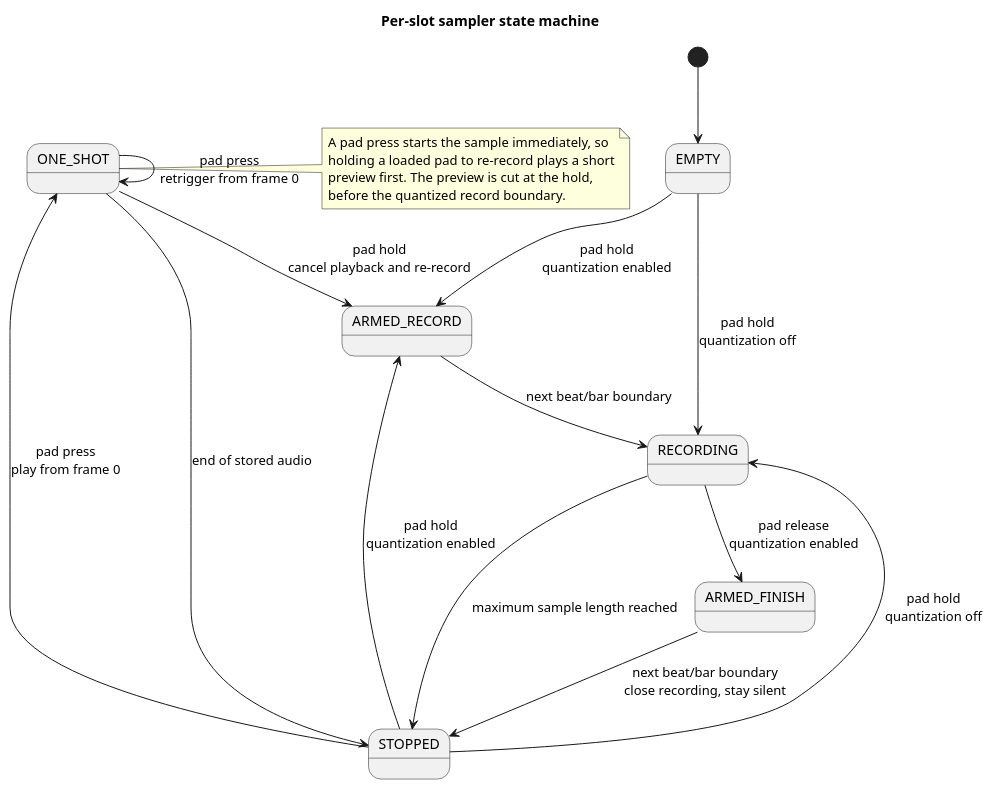
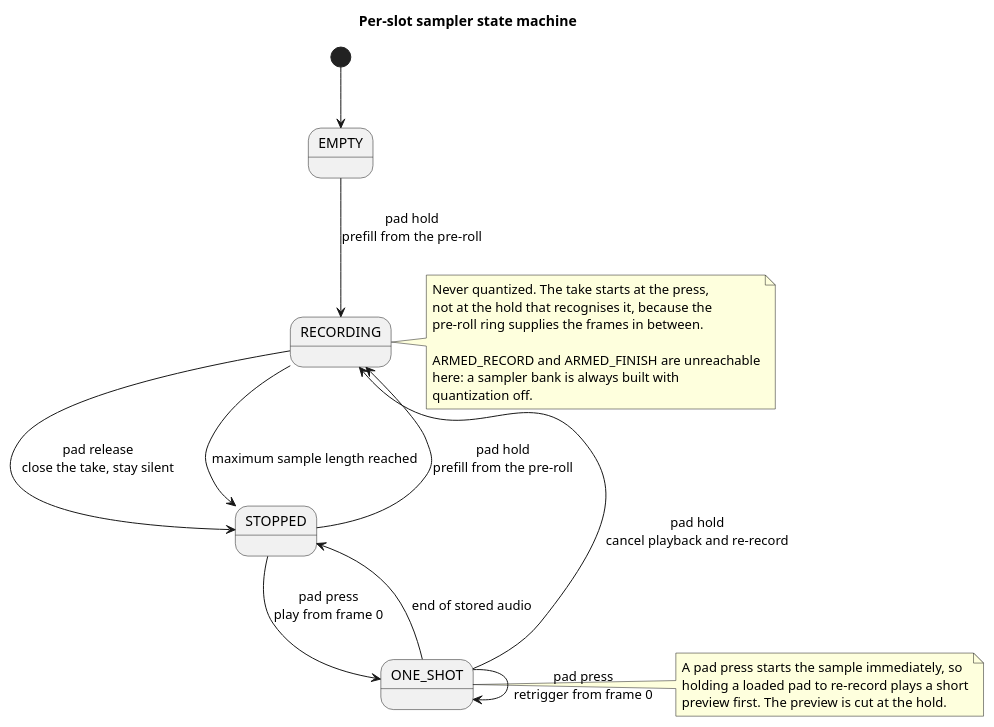
Before and after one commit to zupino/music-box: the sixth of 6 diagrams in docs/architecture.md, drawn with PlantUML. The commit also changed other lines of this file and 8 other files, not shown here.

First line of the commit message:
fix: record samples unquantized, from the press rather than the boundary

````diff
--- a/docs/architecture.md
+++ b/docs/architecture.md
@@ -391,33 +410,37 @@
 ```plantuml
 @startuml
 ' SPDX-License-Identifier: MIT
 title Per-slot sampler state machine
 
 skinparam shadowing false
 
 [*] --> EMPTY
 
-EMPTY --> ARMED_RECORD : pad hold\nquantization enabled
-EMPTY --> RECORDING : pad hold\nquantization off
-STOPPED --> ARMED_RECORD : pad hold\nquantization enabled
-STOPPED --> RECORDING : pad hold\nquantization off
+EMPTY --> RECORDING : pad hold\nprefill from the pre-roll
+STOPPED --> RECORDING : pad hold\nprefill from the pre-roll
 
-ARMED_RECORD --> RECORDING : next beat/bar boundary
-RECORDING --> ARMED_FINISH : pad release\nquantization enabled
+RECORDING --> STOPPED : pad release\nclose the take, stay silent
 RECORDING --> STOPPED : maximum sample length reached
-
-ARMED_FINISH --> STOPPED : next beat/bar boundary\nclose recording, stay silent
 
 STOPPED --> ONE_SHOT : pad press\nplay from frame 0
 ONE_SHOT --> ONE_SHOT : pad press\nretrigger from frame 0
 ONE_SHOT --> STOPPED : end of stored audio
-ONE_SHOT --> ARMED_RECORD : pad hold\ncancel playback and re-record
+ONE_SHOT --> RECORDING : pad hold\ncancel playback and re-record
+
+note right of RECORDING
+Never quantized. The take starts at the press,
+not at the hold that recognises it, because the
+pre-roll ring supplies the frames in between.
+
+ARMED_RECORD and ARMED_FINISH are unreachable
+here: a sampler bank is always built with
+quantization off.
+end note
 
 note right of ONE_SHOT
 A pad press starts the sample immediately, so
 holding a loaded pad to re-record plays a short
-preview first. The preview is cut at the hold,
-before the quantized record boundary.
+preview first. The preview is cut at the hold.
 end note
 @enduml
 ```
````
